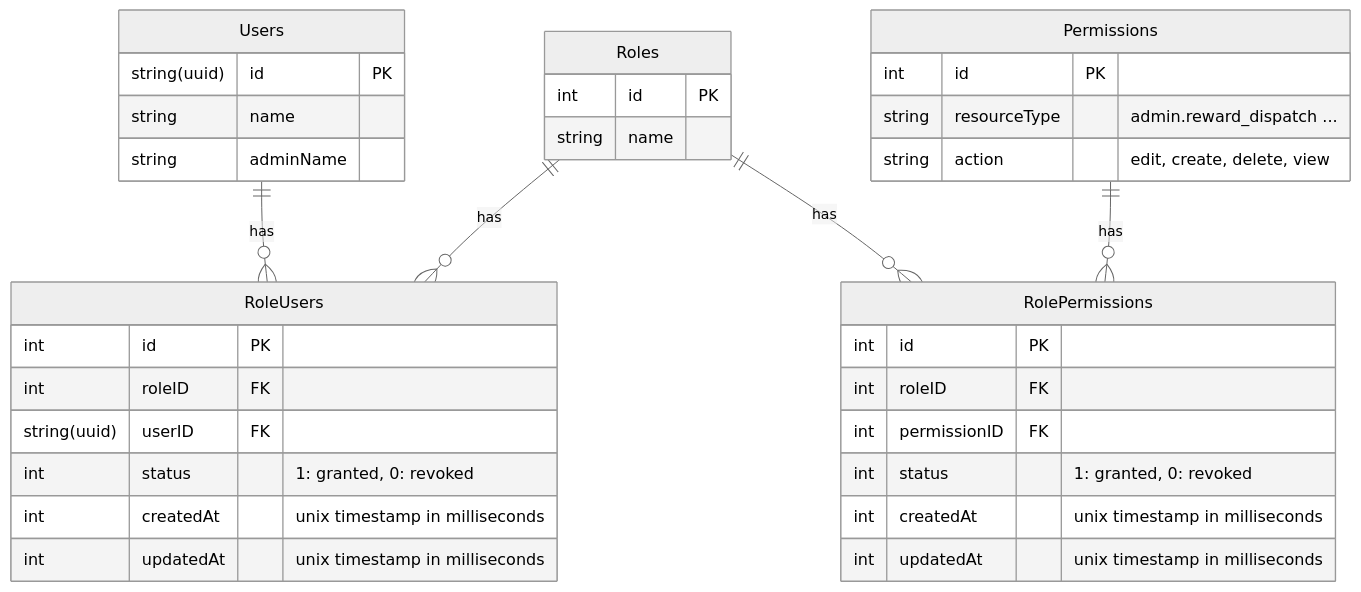
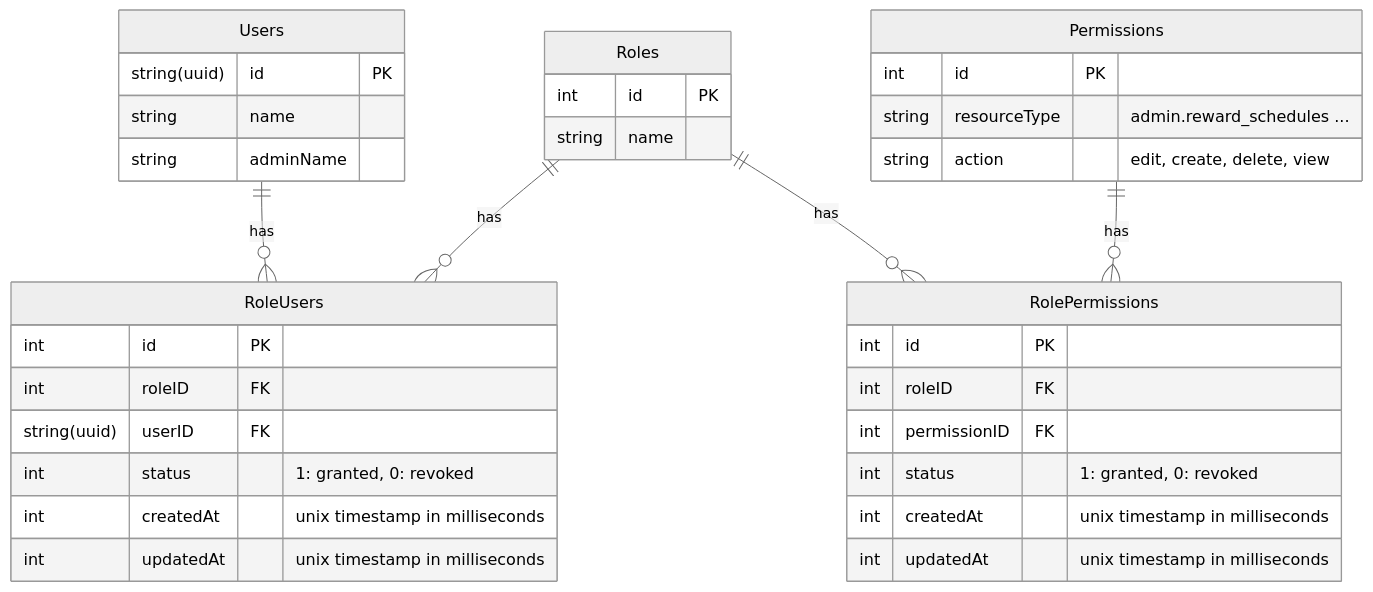
The second of 2 diagrams in api/design/permission_management/README.md (harry-tsai/notebook), drawn with Mermaid (neutral theme) before and after one commit. The commit also changed other lines of this file, not shown here.

````diff
--- a/api/design/permission_management/README.md
+++ b/api/design/permission_management/README.md
@@ -58,42 +58,42 @@
 ```mermaid
 erDiagram
     Users 1--many(0) RoleUsers : has
     Roles 1--many(0) RoleUsers : has
     Roles 1--many(0) RolePermissions : has
     Permissions 1--many(0) RolePermissions : has
 
     Users {
         string(uuid) id PK
         string name
         string adminName
     }
 
     Roles {
         int id PK
         string name
     }
 
     Permissions {
         int id PK
-        string resourceType "admin.reward_dispatch ..."
+        string resourceType "admin.reward_schedules ..."
         string action "edit, create, delete, view"
     }
 
     RoleUsers {
         int id PK
         int roleID FK
         string(uuid) userID FK
         int status "1: granted, 0: revoked"
         int createdAt "unix timestamp in milliseconds"
         int updatedAt "unix timestamp in milliseconds"
     }
 
     RolePermissions {
         int id PK
         int roleID FK
         int permissionID FK
         int status "1: granted, 0: revoked"
         int createdAt "unix timestamp in milliseconds"
         int updatedAt "unix timestamp in milliseconds"
     }
 ```
````
